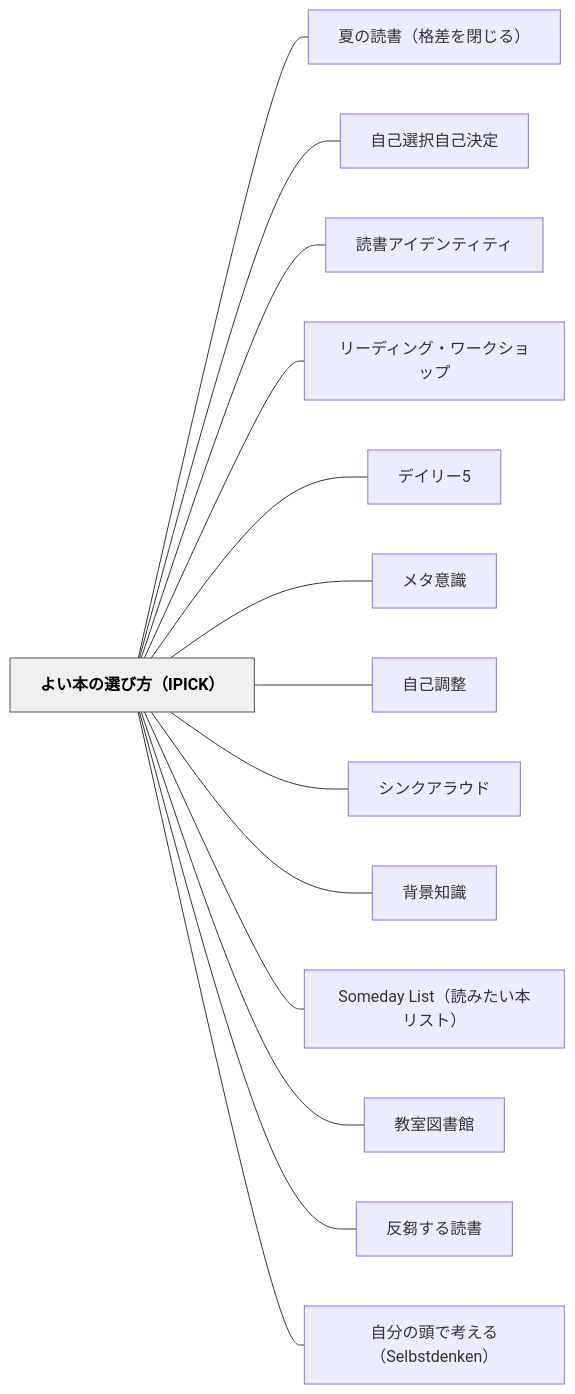
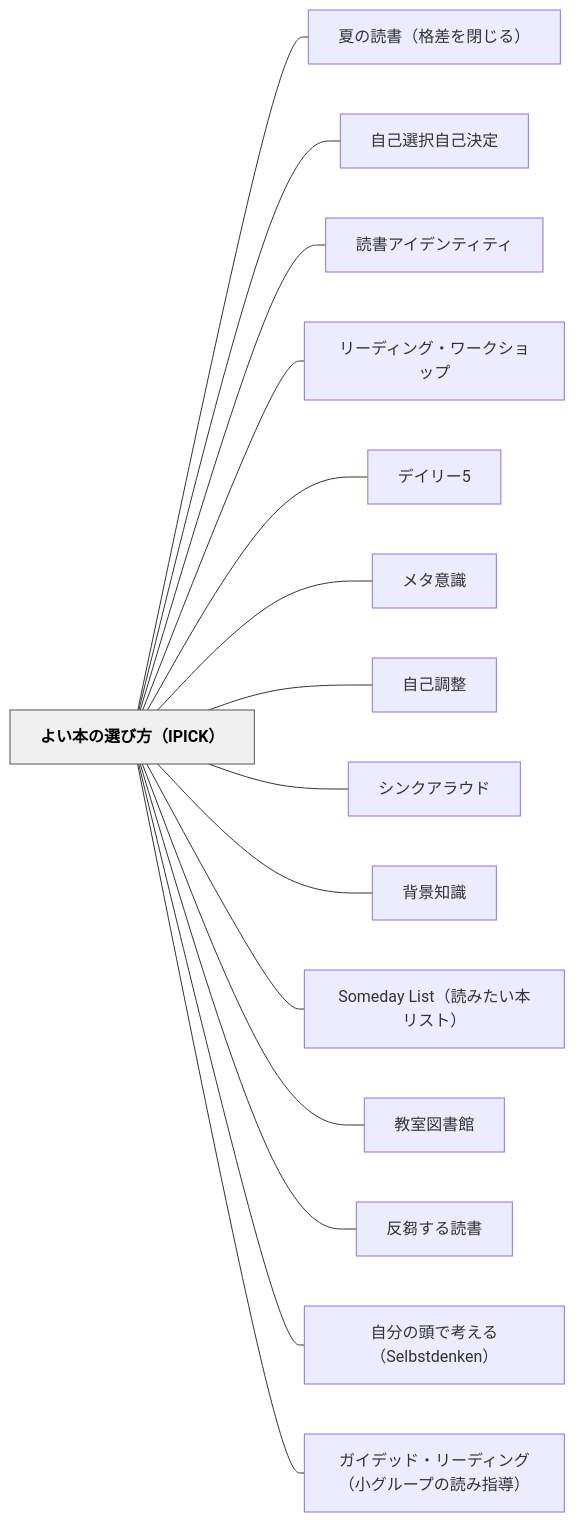
One commit to unknownthings-ed-patterns/unknownthings-ed-patterns changed the diagram in content/パタン/よい本の選び方（IPICK）.md. Above: the diagram before and after it, drawn with Mermaid. The commit also changed other lines of this file, not shown here.

Commit message:
auto: Obsidianから同期 2026-06-13 03:01

````diff
--- a/content/パタン/よい本の選び方（IPICK）.md
+++ b/content/パタン/よい本の選び方（IPICK）.md
@@ -228,34 +229,36 @@
 ```mermaid
 flowchart LR
     ne38288e38184e69cace381aee981b8e381b3e696b9efbc88495049434befbc89["よい本の選び方（IPICK）"]
     ne5a48fe381aee8aaade69bb8efbc88e6a0bce5b7aee38292e99689e38198e3828befbc89["夏の読書（格差を閉じる）"]
     ne887aae5b7b1e981b8e68a9ee887aae5b7b1e6b1bae5ae9a["自己選択自己決定"]
     ne8aaade69bb8e382a2e382a4e38387e383b3e38386e382a3e38386e382a3["読書アイデンティティ"]
     ne383aae383bce38387e382a3e383b3e382b0e383bbe383afe383bce382afe382b7e383a7e38383e38397["リーディング・ワークショップ"]
     ne38387e382a4e383aae383bc35["デイリー5"]
     ne383a1e382bfe6848fe8ad98["メタ意識"]
     ne887aae5b7b1e8aabfe695b4["自己調整"]
     ne382b7e383b3e382afe382a2e383a9e382a6e38389["シンクアラウド"]
     ne8838ce699afe79fa5e8ad98["背景知識"]
     n536f6d65646179204c697374efbc88e8aaade381bfe3819fe38184e69cace383aae382b9e38388efbc89["Someday List（読みたい本リスト）"]
     ne69599e5aea4e59bb3e69bb8e9a4a8["教室図書館"]
     ne58f8de88abbe38199e3828be8aaade69bb8["反芻する読書"]
     ne887aae58886e381aee9a0ade381a7e88083e38188e3828befbc8853656c62737464656e6b656eefbc89["自分の頭で考える（Selbstdenken）"]
+    ne382ace382a4e38387e38383e38389e383bbe383aae383bce38387e382a3e383b3e382b0efbc88e5b08fe382b0e383abe383bce38397e381aee8aaade381bfe68c87e5b08eefbc89["ガイデッド・リーディング（小グループの読み指導）"]
 
     ne38288e38184e69cace381aee981b8e381b3e696b9efbc88495049434befbc89 --- ne5a48fe381aee8aaade69bb8efbc88e6a0bce5b7aee38292e99689e38198e3828befbc89
     ne38288e38184e69cace381aee981b8e381b3e696b9efbc88495049434befbc89 --- ne887aae5b7b1e981b8e68a9ee887aae5b7b1e6b1bae5ae9a
     ne38288e38184e69cace381aee981b8e381b3e696b9efbc88495049434befbc89 --- ne8aaade69bb8e382a2e382a4e38387e383b3e38386e382a3e38386e382a3
     ne38288e38184e69cace381aee981b8e381b3e696b9efbc88495049434befbc89 --- ne383aae383bce38387e382a3e383b3e382b0e383bbe383afe383bce382afe382b7e383a7e38383e38397
     ne38288e38184e69cace381aee981b8e381b3e696b9efbc88495049434befbc89 --- ne38387e382a4e383aae383bc35
     ne38288e38184e69cace381aee981b8e381b3e696b9efbc88495049434befbc89 --- ne383a1e382bfe6848fe8ad98
     ne38288e38184e69cace381aee981b8e381b3e696b9efbc88495049434befbc89 --- ne887aae5b7b1e8aabfe695b4
     ne38288e38184e69cace381aee981b8e381b3e696b9efbc88495049434befbc89 --- ne382b7e383b3e382afe382a2e383a9e382a6e38389
     ne38288e38184e69cace381aee981b8e381b3e696b9efbc88495049434befbc89 --- ne8838ce699afe79fa5e8ad98
     ne38288e38184e69cace381aee981b8e381b3e696b9efbc88495049434befbc89 --- n536f6d65646179204c697374efbc88e8aaade381bfe3819fe38184e69cace383aae382b9e38388efbc89
     ne38288e38184e69cace381aee981b8e381b3e696b9efbc88495049434befbc89 --- ne69599e5aea4e59bb3e69bb8e9a4a8
     ne38288e38184e69cace381aee981b8e381b3e696b9efbc88495049434befbc89 --- ne58f8de88abbe38199e3828be8aaade69bb8
     ne38288e38184e69cace381aee981b8e381b3e696b9efbc88495049434befbc89 --- ne887aae58886e381aee9a0ade381a7e88083e38188e3828befbc8853656c62737464656e6b656eefbc89
+    ne38288e38184e69cace381aee981b8e381b3e696b9efbc88495049434befbc89 --- ne382ace382a4e38387e38383e38389e383bbe383aae383bce38387e382a3e383b3e382b0efbc88e5b08fe382b0e383abe383bce38397e381aee8aaade381bfe68c87e5b08eefbc89
 
     classDef hub fill:#f0f0f0,stroke:#555,color:#000,font-weight:bold
     class ne38288e38184e69cace381aee981b8e381b3e696b9efbc88495049434befbc89 hub
 ```
````
